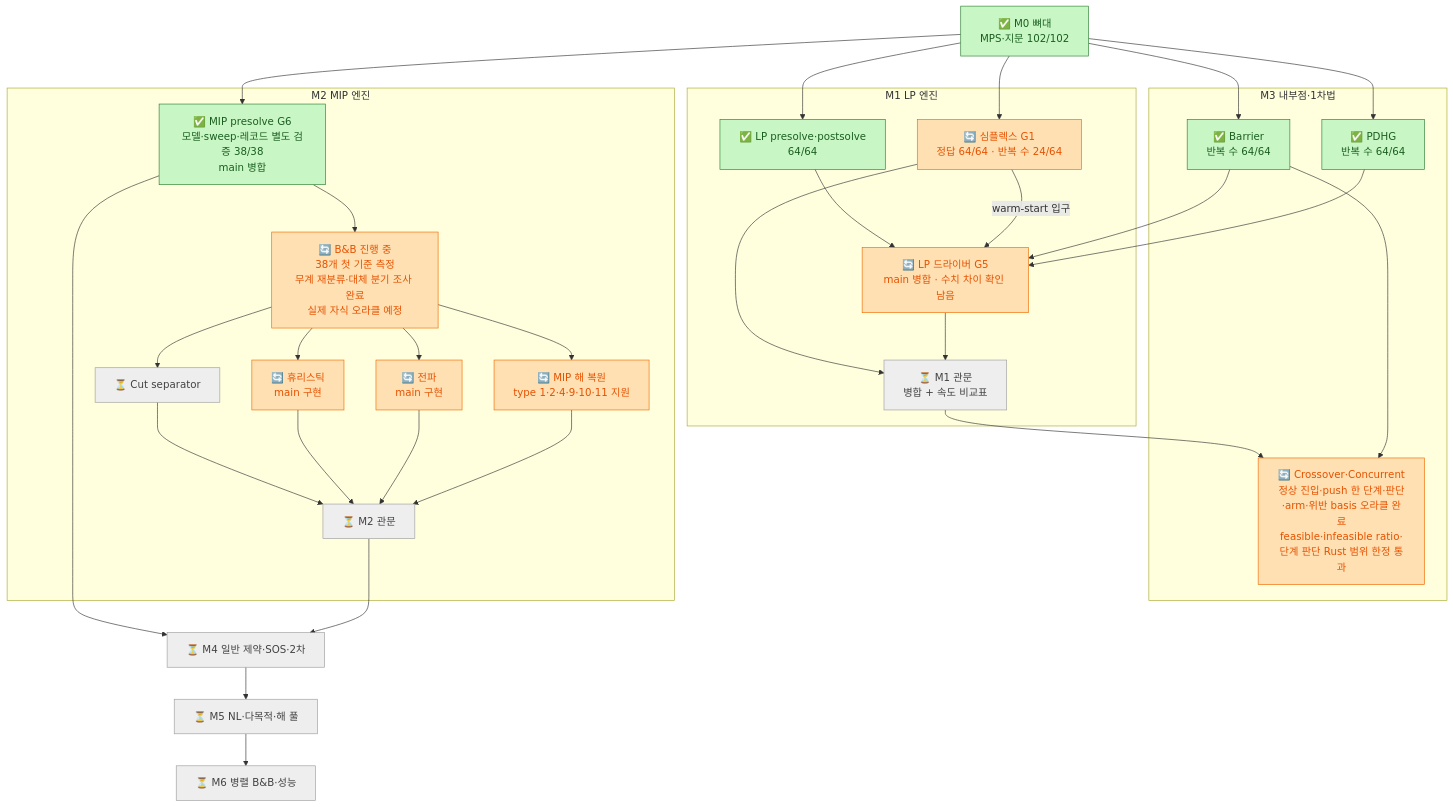
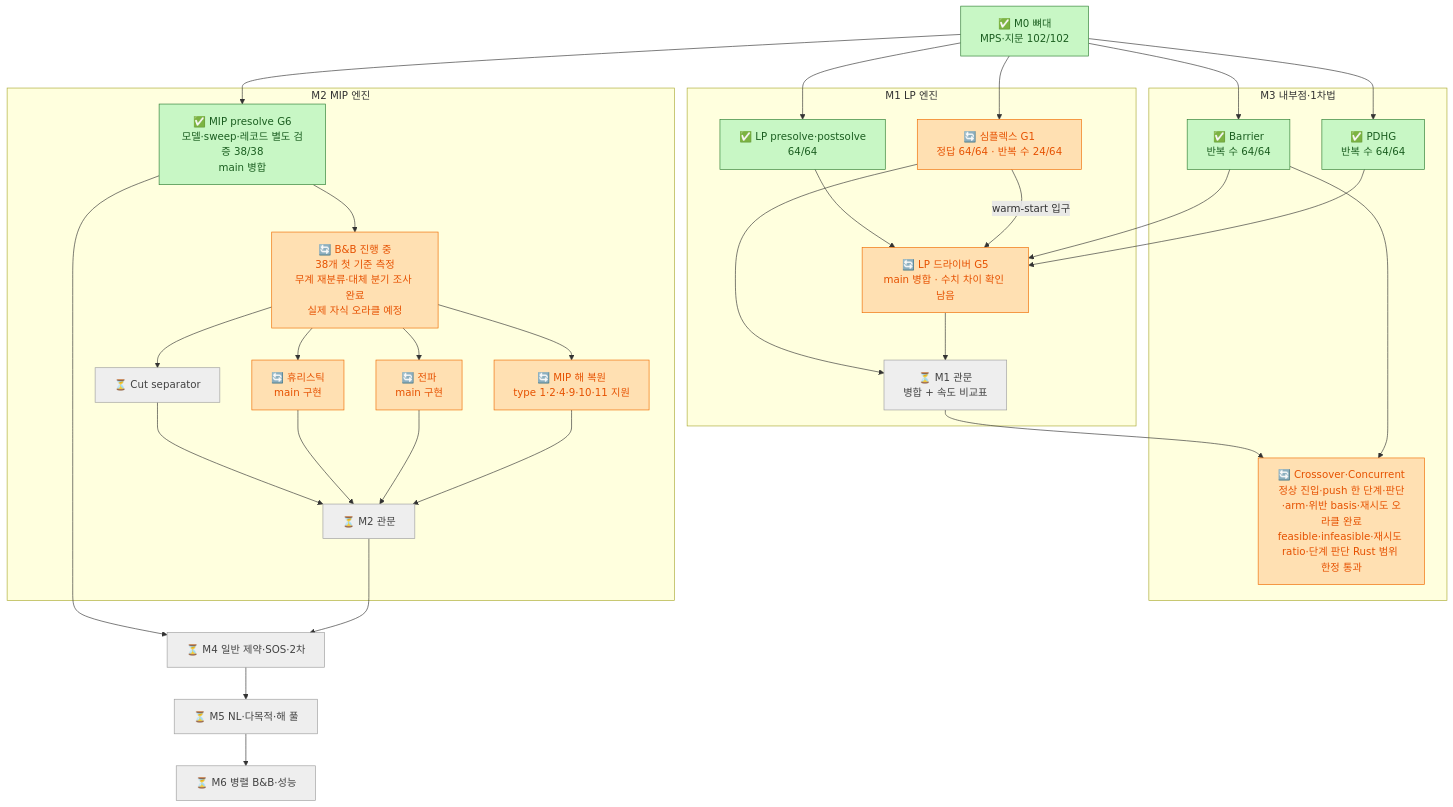
One commit to kjh278231/kerobi changed the diagram in docs/12_roadmap_diagram.md. Above: the diagram before and after it, drawn with Mermaid. The commit also changed other lines of this file and 4 other files, not shown here.

````diff
--- a/docs/12_roadmap_diagram.md
+++ b/docs/12_roadmap_diagram.md
@@ -57,49 +59,49 @@
 ```mermaid
 flowchart TD
     classDef done fill:#c8f7c5,stroke:#2e7d32,color:#1b5e20
     classDef doing fill:#ffe0b2,stroke:#ef6c00,color:#e65100
     classDef pending fill:#bbdefb,stroke:#1565c0,color:#0d47a1
     classDef todo fill:#eeeeee,stroke:#9e9e9e,color:#424242
 
     M0["✅ M0 뼈대<br/>MPS·지문 102/102"]:::done
 
     subgraph M1["M1 LP 엔진"]
         PRE["✅ LP presolve·postsolve<br/>64/64"]:::done
         SPX["🔄 심플렉스 G1<br/>정답 64/64 · 반복 수 24/64"]:::doing
         DRV["🔄 LP 드라이버 G5<br/>main 병합 · 수치 차이 확인 남음"]:::doing
         GATE1["⏳ M1 관문<br/>병합 + 속도 비교표"]:::todo
     end
 
     subgraph M3["M3 내부점·1차법"]
         BAR["✅ Barrier<br/>반복 수 64/64"]:::done
         PDHG["✅ PDHG<br/>반복 수 64/64"]:::done
-        XO["🔄 Crossover·Concurrent<br/>정상 진입·push 한 단계·판단·arm·위반 basis 오라클 완료<br/>feasible·infeasible ratio·단계 판단 Rust 범위 한정 통과"]:::doing
+        XO["🔄 Crossover·Concurrent<br/>정상 진입·push 한 단계·판단·arm·위반 basis·재시도 오라클 완료<br/>feasible·infeasible·재시도 ratio·단계 판단 Rust 범위 한정 통과"]:::doing
     end
 
     subgraph M2["M2 MIP 엔진"]
         MPRE["✅ MIP presolve G6<br/>모델·sweep·레코드 별도 검증 38/38<br/>main 병합"]:::done
         BNB["🔄 B&B 진행 중<br/>38개 첫 기준 측정<br/>무계 재분류·대체 분기 조사 완료<br/>실제 자식 오라클 예정"]:::doing
         CUT["⏳ Cut separator"]:::todo
         HEU["🔄 휴리스틱<br/>main 구현"]:::doing
         PROP["🔄 전파<br/>main 구현"]:::doing
         POST["🔄 MIP 해 복원<br/>type 1·2·4·9·10·11 지원"]:::doing
         GATE2["⏳ M2 관문"]:::todo
     end
 
     M4["⏳ M4 일반 제약·SOS·2차"]:::todo
     M5["⏳ M5 NL·다목적·해 풀"]:::todo
     M6["⏳ M6 병렬 B&B·성능"]:::todo
 
     M0 --> PRE & SPX & BAR & PDHG & MPRE
     PRE --> DRV
     BAR & PDHG --> DRV
     SPX -- "warm-start 입구" --> DRV
     SPX & DRV --> GATE1
     GATE1 --> XO
     BAR --> XO
     MPRE --> BNB
     BNB --> CUT & HEU & PROP & POST
     CUT & HEU & PROP & POST --> GATE2
     MPRE --> M4
     GATE2 --> M4 --> M5 --> M6
 ```
````
